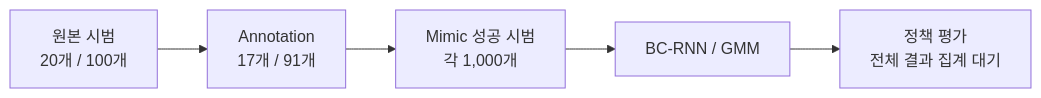
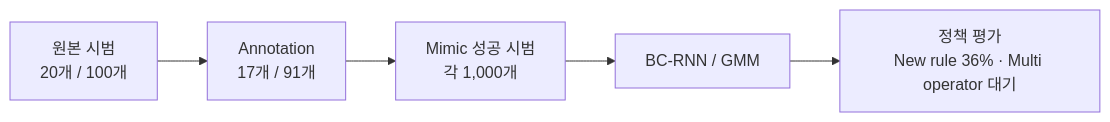
Before and after one commit to Kim-KiSuk/Robotics-Simulation-Assignment2: the diagram in README.md, drawn with Mermaid. The commit also changed other lines of this file and 12 other files, not shown here.

````diff
--- a/README.md
+++ b/README.md
@@ -28,7 +28,7 @@
 ```mermaid
 flowchart LR
     A["원본 시범<br/>20개 / 100개"] --> B["Annotation<br/>17개 / 91개"]
     B --> C["Mimic 성공 시범<br/>각 1,000개"]
     C --> D["BC-RNN / GMM"]
-    D --> E["정책 평가<br/>전체 결과 집계 대기"]
+    D --> E["정책 평가<br/>New rule 36% · Multi operator 대기"]
 ```
````
